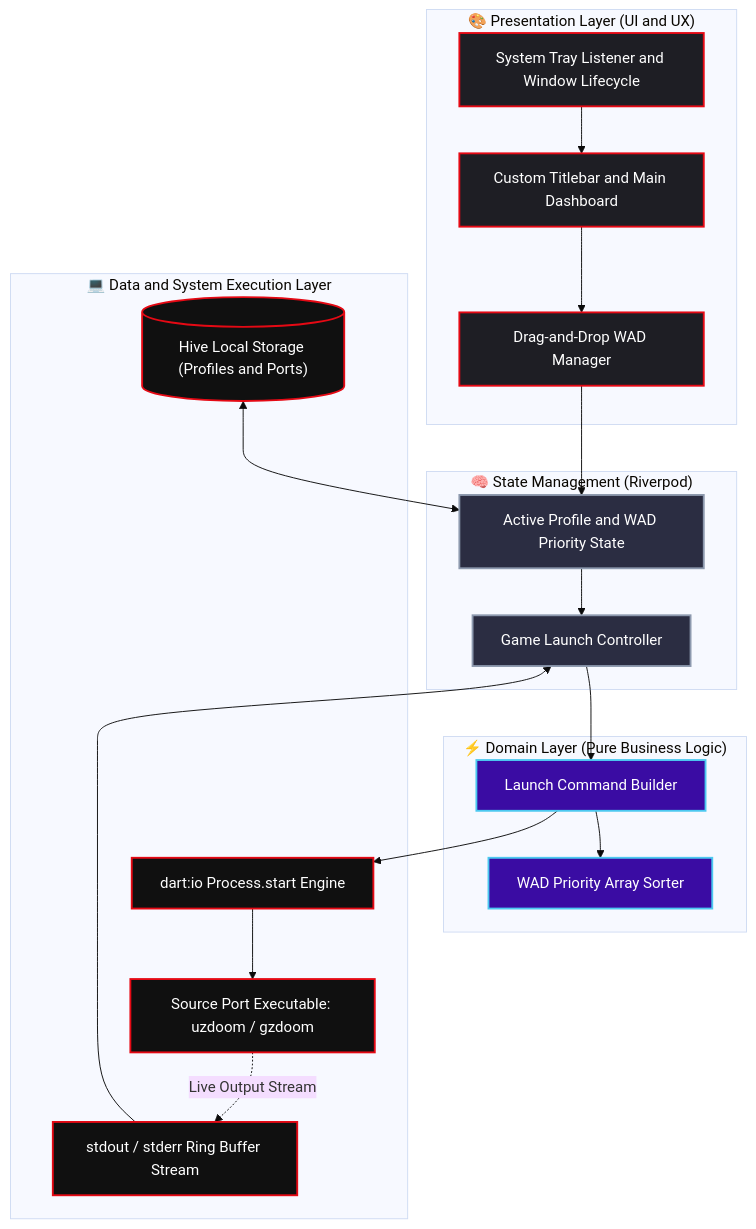
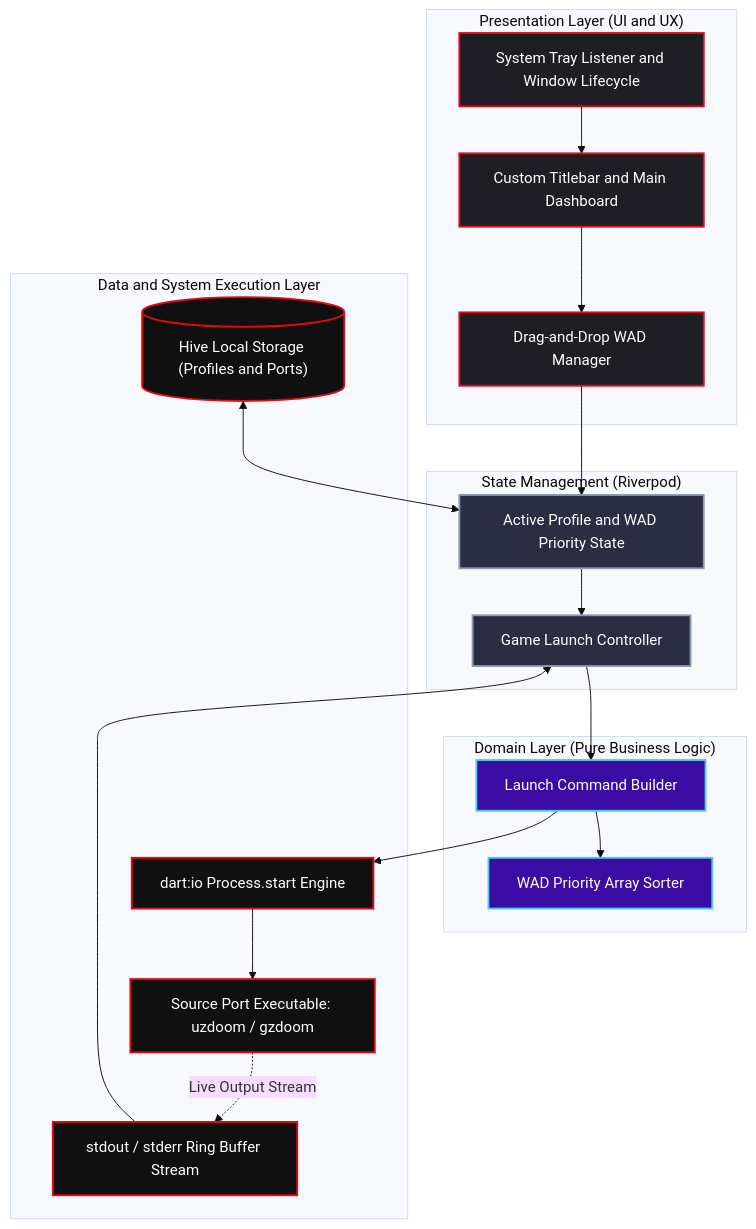
Before and after one commit to VerianCS/QuickDoom: the diagram in README.md, drawn with Mermaid (base theme). The commit also changed other lines of this file, not shown here.

````diff
--- a/README.md
+++ b/README.md
@@ -40,49 +40,49 @@
 ```mermaid
 flowchart TD
-    subgraph Presentation["🎨 Presentation Layer (UI and UX)"]
+    subgraph Presentation[" Presentation Layer (UI and UX)"]
         UI["Custom Titlebar and Main Dashboard"]
         DragDrop["Drag-and-Drop WAD Manager"]
         Tray["System Tray Listener and Window Lifecycle"]
     end
 
-    subgraph StateManagement["🧠 State Management (Riverpod)"]
+    subgraph StateManagement[" State Management (Riverpod)"]
         AppController["Game Launch Controller"]
         ProfileState["Active Profile and WAD Priority State"]
     end
 
-    subgraph Domain["⚡ Domain Layer (Pure Business Logic)"]
+    subgraph Domain[" Domain Layer (Pure Business Logic)"]
         CmdBuilder["Launch Command Builder"]
         OrderSort["WAD Priority Array Sorter"]
     end
 
-    subgraph SystemLayer["💻 Data and System Execution Layer"]
+    subgraph SystemLayer[" Data and System Execution Layer"]
         HiveDB[("Hive Local Storage (Profiles and Ports)")]
         DartIO["dart:io Process.start Engine"]
         LogStream["stdout / stderr Ring Buffer Stream"]
         NativePort["Source Port Executable: uzdoom / gzdoom"]
     end
 
     UI --> DragDrop
     DragDrop --> ProfileState
     Tray --> UI
     
     ProfileState --> AppController
     AppController --> CmdBuilder
     CmdBuilder --> OrderSort
     
     CmdBuilder --> DartIO
     HiveDB <--> ProfileState
     DartIO --> NativePort
     NativePort -. "Live Output Stream" .-> LogStream
     LogStream --> AppController
 
     classDef ui fill:#1e1e24,stroke:#e50914,stroke-width:2px,color:#fff;
     classDef state fill:#2b2d42,stroke:#8d99ae,stroke-width:2px,color:#fff;
     classDef domain fill:#3a0ca3,stroke:#4cc9f0,stroke-width:2px,color:#fff;
     classDef sys fill:#101010,stroke:#e50914,stroke-width:2px,color:#fff;
 
     class UI,DragDrop,Tray ui;
     class AppController,ProfileState state;
     class CmdBuilder,OrderSort domain;
     class HiveDB,DartIO,LogStream,NativePort sys;
 ```
````
